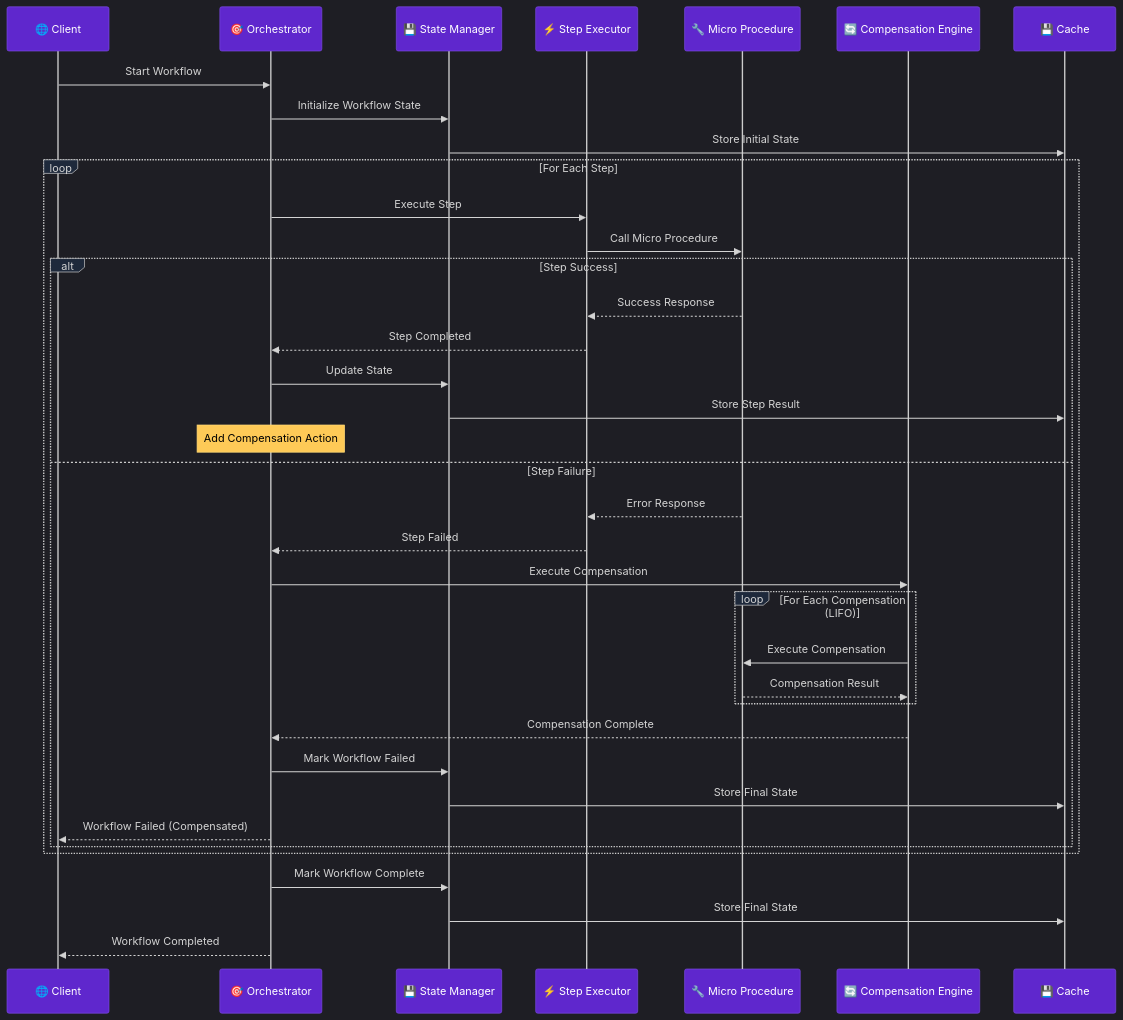
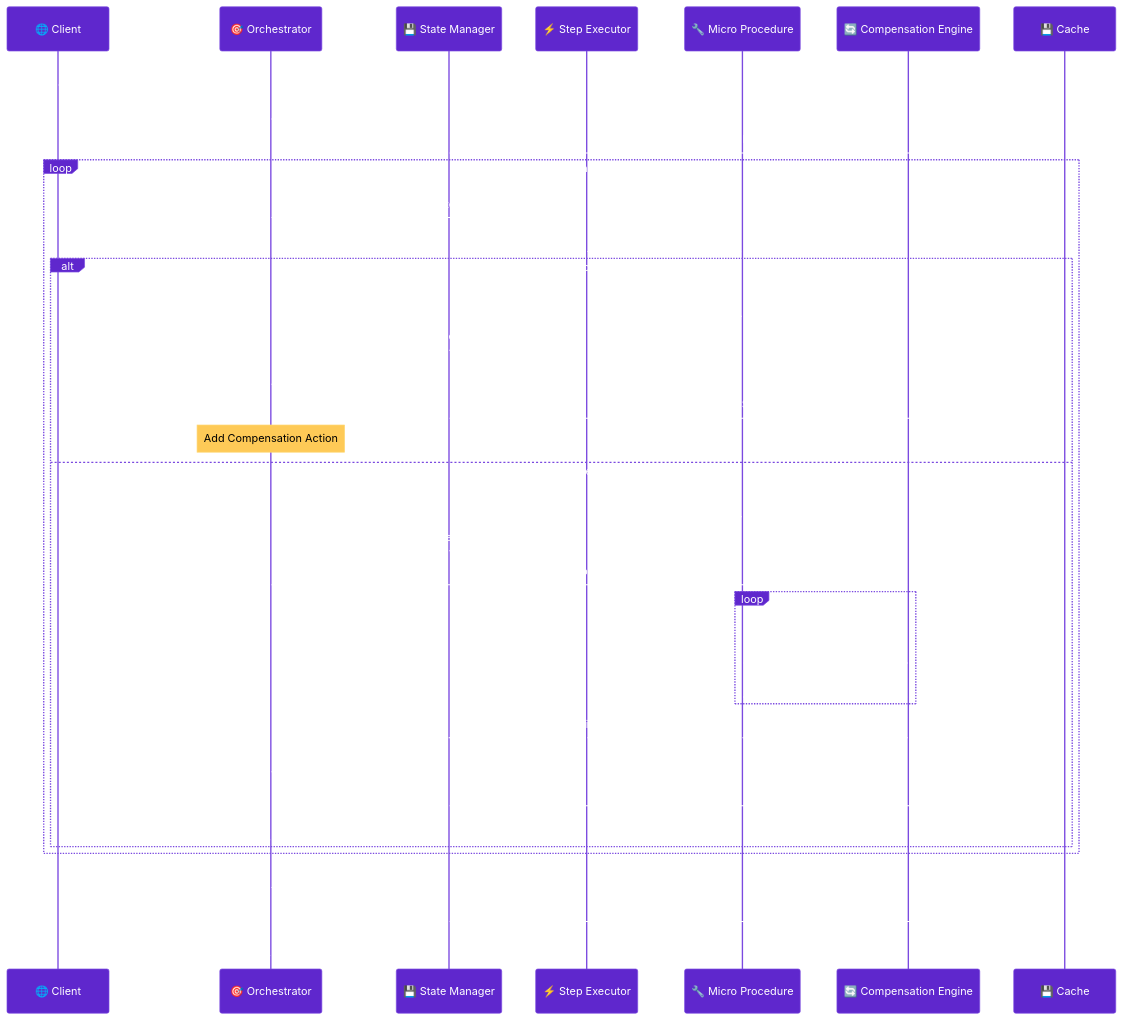
Before and after one commit to abdoElHodaky/larvrevrstender: the second of 10 diagrams in diagrams/workflow-orchestration.md, drawn with Mermaid. The commit also changed other lines of this file and 3 other files, not shown here.

First line of the commit message:
feat: Enhance diagram styling with eye-catching dark theme design

````diff
--- a/diagrams/workflow-orchestration.md
+++ b/diagrams/workflow-orchestration.md
@@ -118,62 +122,66 @@
 ```mermaid
 %%{init: {
-  'theme': 'dark',
+  'theme': 'base',
   'themeVariables': {
+    'darkMode': true,
     'actorBkg': '#5F27CD',
     'actorBorder': '#7B4AE0',
     'actorTextColor': '#FFFFFF',
     'activationBkgColor': '#4ECDC4',
     'activationBorderColor': '#7ED6D1',
     'noteBkgColor': '#FECA57',
     'noteTextColor': '#000000',
     'noteBorderColor': '#FED876',
     'background': '#0F172A',
     'mainBkg': '#1E293B',
-    'primaryTextColor': '#FFFFFF'
+    'primaryTextColor': '#FFFFFF',
+    'fontFamily': 'Inter, Segoe UI, Roboto, sans-serif',
+    'fontSize': '14px',
+    'fontWeight': 'bold'
   }
 }}%%
 
 sequenceDiagram
     participant Client as 🌐 Client
     participant Orchestrator as 🎯 Orchestrator
     participant StateManager as 💾 State Manager
     participant StepExecutor as ⚡ Step Executor
     participant MicroProcedure as 🔧 Micro Procedure
     participant CompensationEngine as 🔄 Compensation Engine
     participant Cache as 💾 Cache
 
     Client->>Orchestrator: Start Workflow
     Orchestrator->>StateManager: Initialize Workflow State
     StateManager->>Cache: Store Initial State
     
     loop For Each Step
         Orchestrator->>StepExecutor: Execute Step
         StepExecutor->>MicroProcedure: Call Micro Procedure
         
         alt Step Success
             MicroProcedure-->>StepExecutor: Success Response
             StepExecutor-->>Orchestrator: Step Completed
             Orchestrator->>StateManager: Update State
             StateManager->>Cache: Store Step Result
             Note over Orchestrator: Add Compensation Action
         else Step Failure
             MicroProcedure-->>StepExecutor: Error Response
             StepExecutor-->>Orchestrator: Step Failed
             Orchestrator->>CompensationEngine: Execute Compensation
             
             loop For Each Compensation (LIFO)
                 CompensationEngine->>MicroProcedure: Execute Compensation
                 MicroProcedure-->>CompensationEngine: Compensation Result
             end
             
             CompensationEngine-->>Orchestrator: Compensation Complete
             Orchestrator->>StateManager: Mark Workflow Failed
             StateManager->>Cache: Store Final State
             Orchestrator-->>Client: Workflow Failed (Compensated)
         end
     end
     
     Orchestrator->>StateManager: Mark Workflow Complete
     StateManager->>Cache: Store Final State
     Orchestrator-->>Client: Workflow Completed
 ```
````
